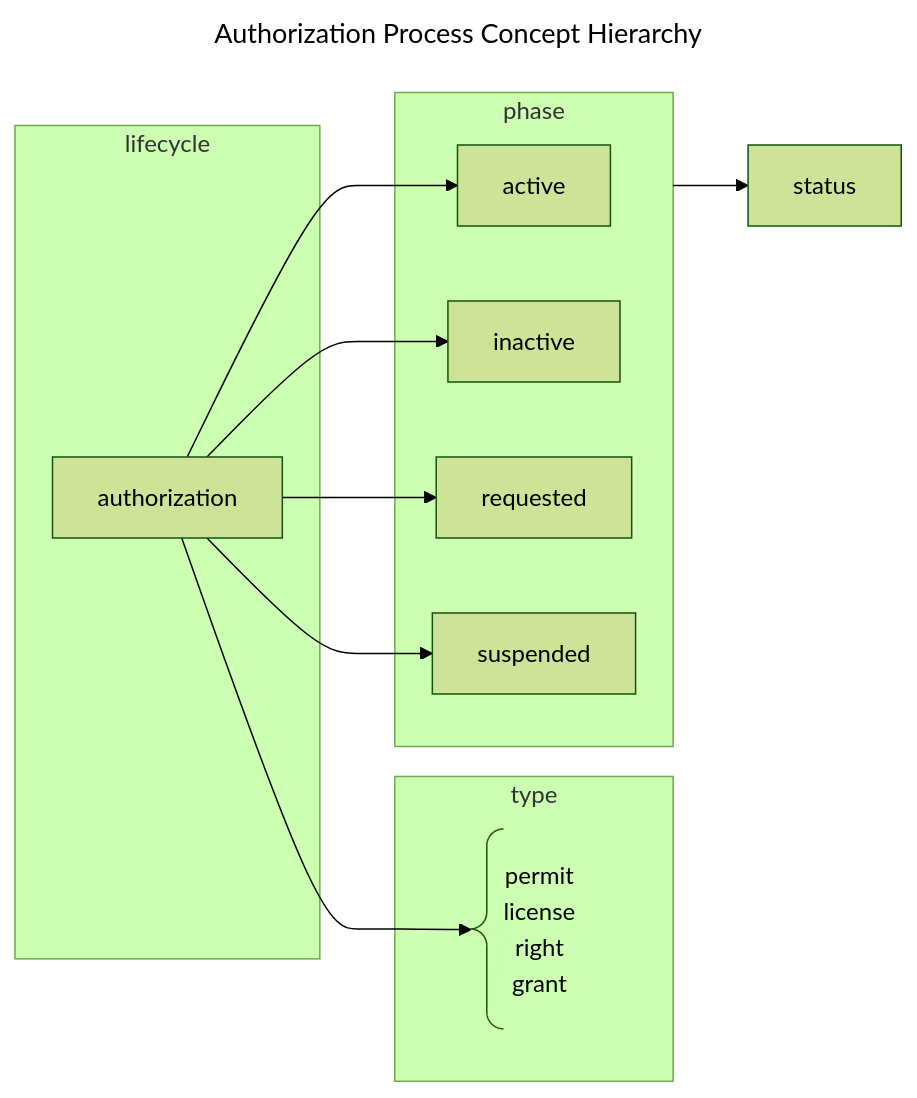
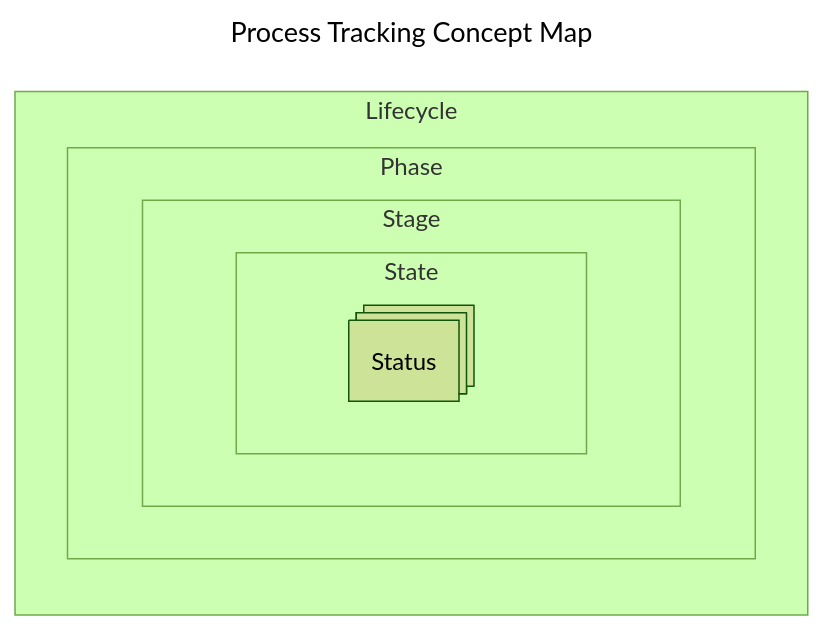
The diagram in docs/spec/codesystem/process_tracking.md (bcgov/nr-pies), drawn with Mermaid (forest theme) before and after one commit. The commit also changed other lines of this file and 8 other files, not shown here.

````diff
--- a/docs/spec/codesystem/process_tracking.md
+++ b/docs/spec/codesystem/process_tracking.md
@@ -107,33 +26,17 @@
 ```mermaid
 ---
-title: Authorization Process Concept Hierarchy
+title: Process Tracking Concept Map
 ---
 flowchart LR
-  auth_type@{ shape: comment, label: "permit
-  license
-  right
-  grant"}
+  Status@{ shape: processes }
 
-  authorization --> active
-  authorization --> inactive
-  authorization --> requested
-  authorization --> suspended
-  authorization --> auth_type
-
-  phase --> status
-
-  subgraph lifecycle
-    authorization
-  end
-
-  subgraph type
-    auth_type
-  end
-
-  subgraph phase
-    active
-    inactive
-    requested
-    suspended
+  subgraph Lifecycle
+    subgraph Phase
+      subgraph Stage
+        subgraph State
+          Status
+        end
+      end
+    end
   end
 ```
````
